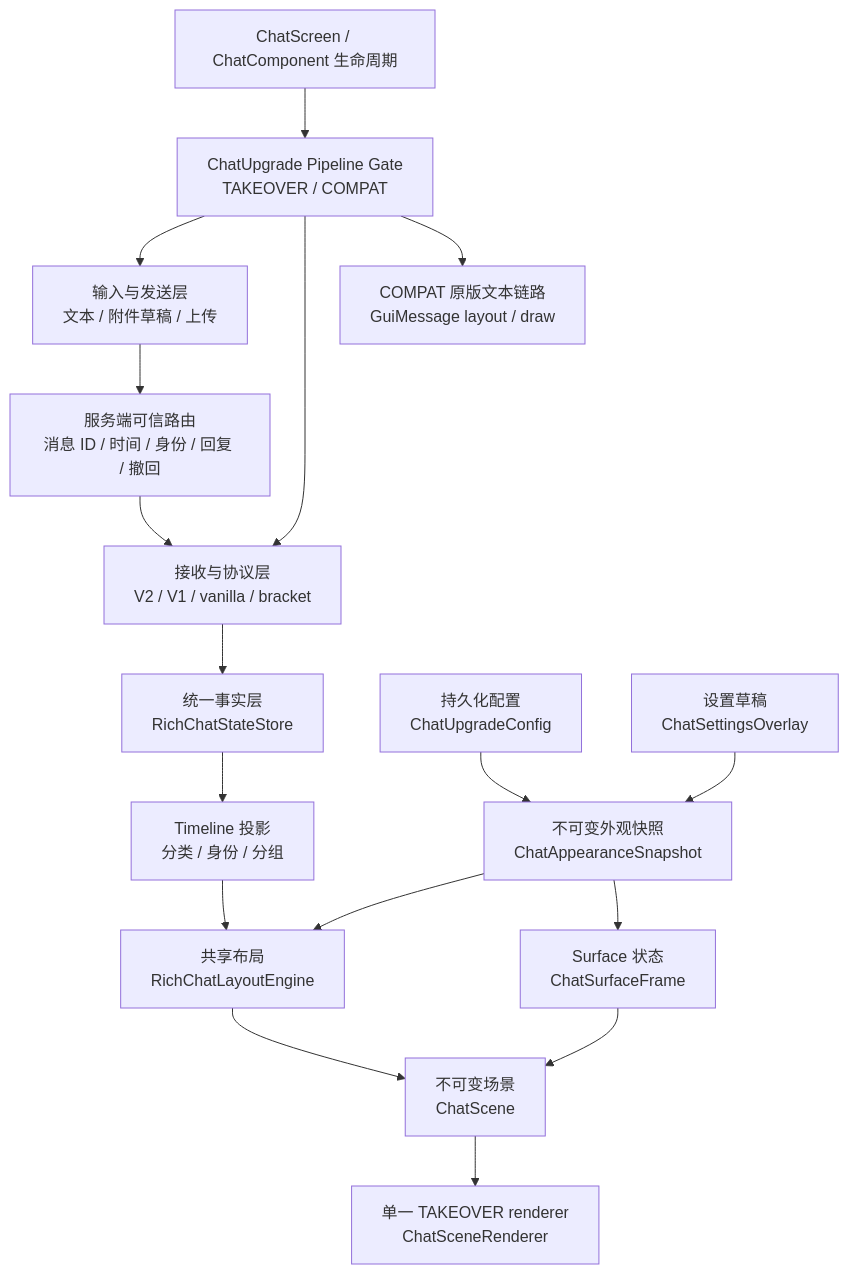
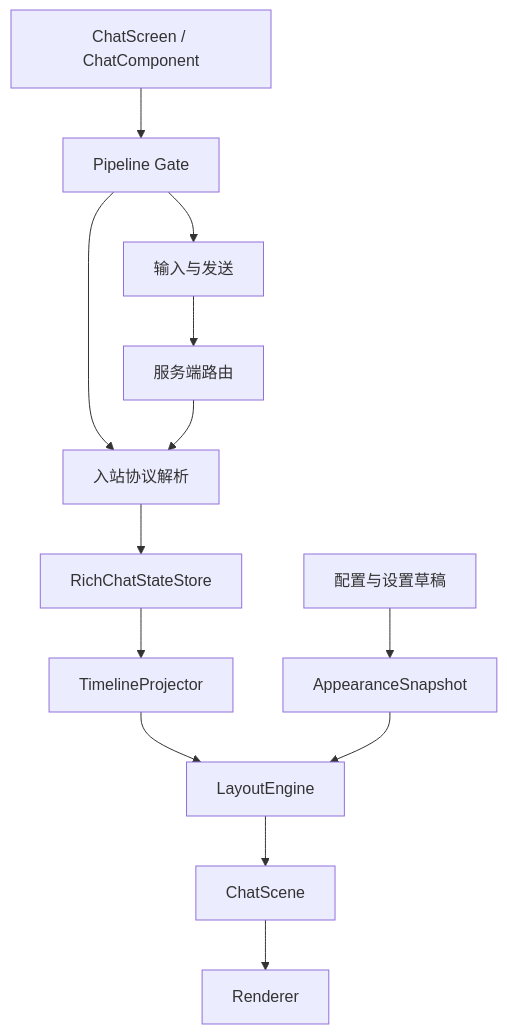
The diagram in docs/architecture.md (LoosePrince/chat-upgrade), drawn with Mermaid before and after one commit. The commit also changed other lines of this file and 8 other files, not shown here.

````diff
--- a/docs/architecture.md
+++ b/docs/architecture.md
@@ -27,19 +15,15 @@
 ```mermaid
 flowchart TB
-    A[ChatScreen / ChatComponent 生命周期] --> B[ChatUpgrade Pipeline Gate\nTAKEOVER / COMPAT]
-    B --> C[输入与发送层\n文本 / 附件草稿 / 上传]
-    B --> D[接收与协议层\nV2 / V1 / vanilla / bracket]
-    C --> E[服务端可信路由\n消息 ID / 时间 / 身份 / 回复 / 撤回]
+    A[ChatScreen / ChatComponent] --> B[Pipeline Gate]
+    B --> C[输入与发送]
+    B --> D[入站协议解析]
+    C --> E[服务端路由]
     E --> D
-    D --> F[统一事实层\nRichChatStateStore]
-    F --> G[Timeline 投影\n分类 / 身份 / 分组]
-    G --> H[共享布局\nRichChatLayoutEngine]
-    P[持久化配置\nChatUpgradeConfig] --> T[不可变外观快照\nChatAppearanceSnapshot]
-    U[设置草稿\nChatSettingsOverlay] --> T
-    S[Surface 状态\nChatSurfaceFrame] --> I[不可变场景\nChatScene]
-    T --> H
-    T --> S
-    H --> I
-    I --> J[单一 TAKEOVER renderer\nChatSceneRenderer]
-    B --> K[COMPAT 原版文本链路\nGuiMessage layout / draw]
+    D --> F[RichChatStateStore]
+    F --> G[TimelineProjector]
+    G --> H[LayoutEngine]
+    H --> I[ChatScene]
+    I --> J[Renderer]
+    K[配置与设置草稿] --> L[AppearanceSnapshot]
+    L --> H
 ```
````
